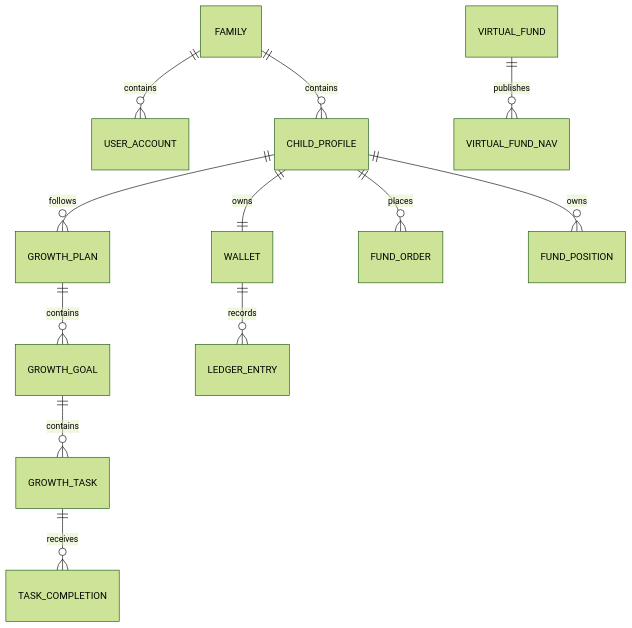
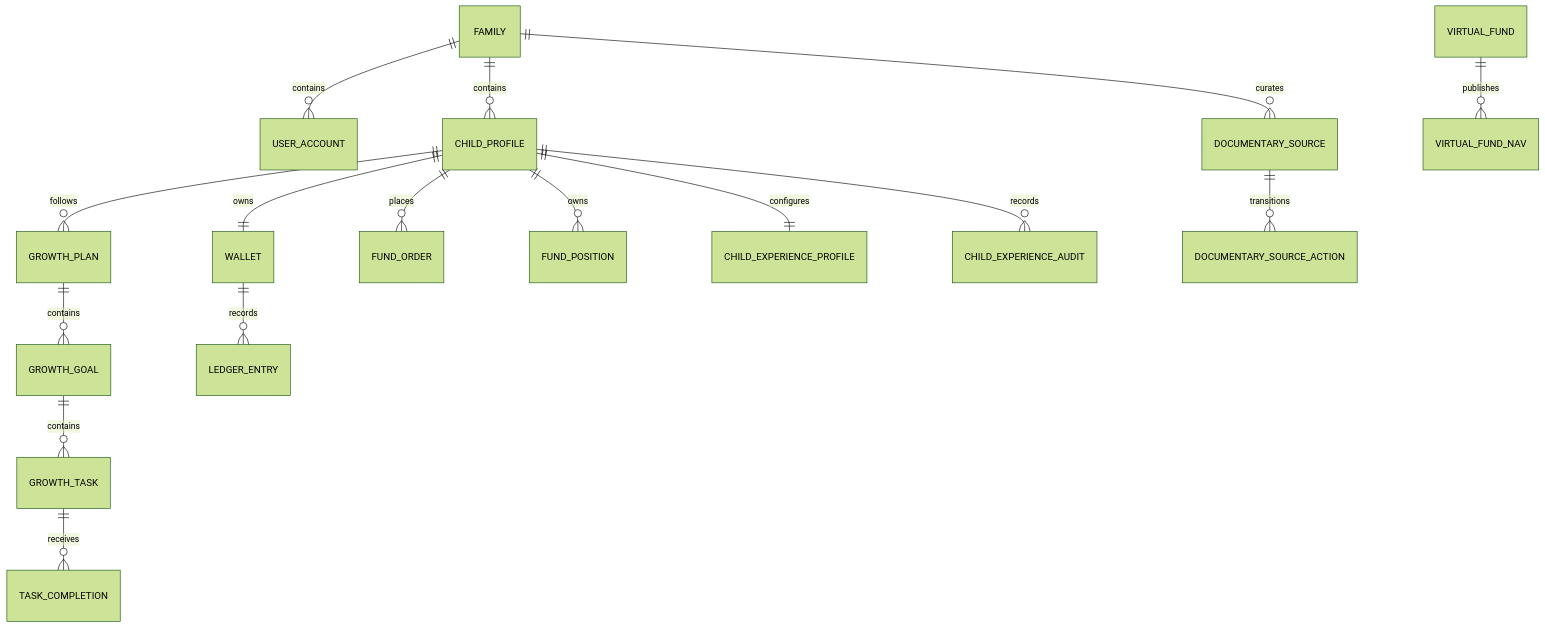
Before and after one commit to Workworks/family-growth: the diagram in docs/design/03-database-design.md, drawn with Mermaid (forest theme). The commit also changed other lines of this file and 35 other files, not shown here.

````diff
--- a/docs/design/03-database-design.md
+++ b/docs/design/03-database-design.md
@@ -5,14 +5,18 @@
 ```mermaid
 erDiagram
   FAMILY ||--o{ USER_ACCOUNT : contains
   FAMILY ||--o{ CHILD_PROFILE : contains
   CHILD_PROFILE ||--o{ GROWTH_PLAN : follows
   GROWTH_PLAN ||--o{ GROWTH_GOAL : contains
   GROWTH_GOAL ||--o{ GROWTH_TASK : contains
   GROWTH_TASK ||--o{ TASK_COMPLETION : receives
   CHILD_PROFILE ||--|| WALLET : owns
   WALLET ||--o{ LEDGER_ENTRY : records
   CHILD_PROFILE ||--o{ FUND_ORDER : places
   CHILD_PROFILE ||--o{ FUND_POSITION : owns
   VIRTUAL_FUND ||--o{ VIRTUAL_FUND_NAV : publishes
+  CHILD_PROFILE ||--|| CHILD_EXPERIENCE_PROFILE : configures
+  CHILD_PROFILE ||--o{ CHILD_EXPERIENCE_AUDIT : records
+  FAMILY ||--o{ DOCUMENTARY_SOURCE : curates
+  DOCUMENTARY_SOURCE ||--o{ DOCUMENTARY_SOURCE_ACTION : transitions
 ```
````
